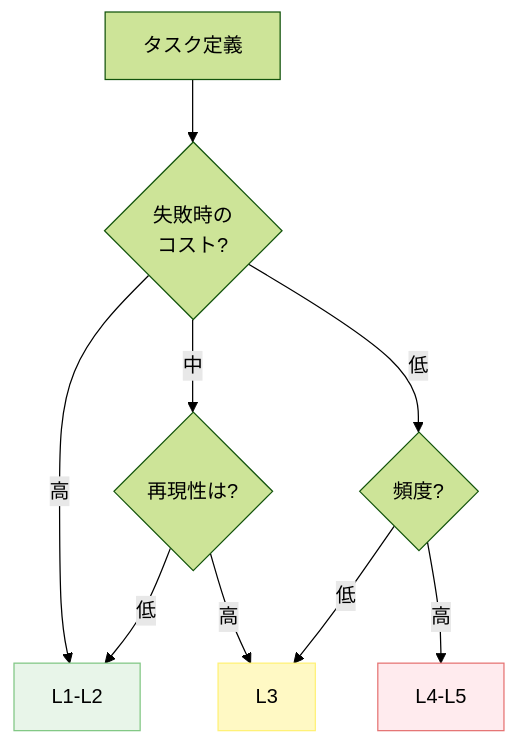
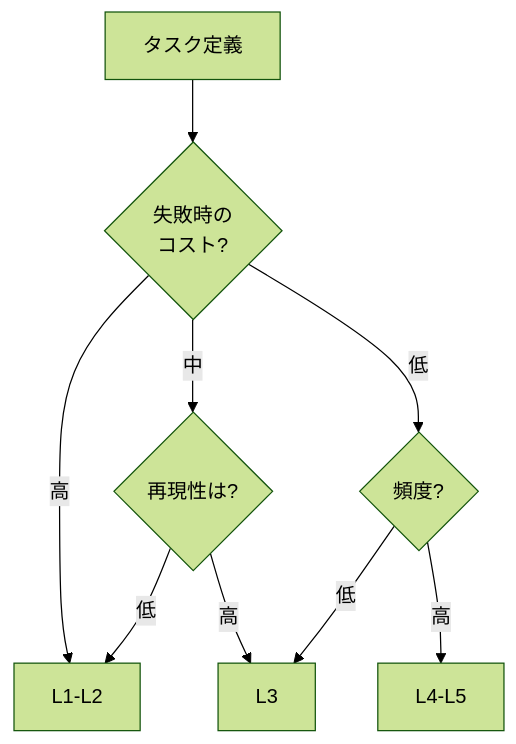
The second of 2 diagrams in docs/concepts/エージェントの自律度レベルと昇格基準.md (dinekt/dinekt-wiki), drawn with Mermaid (forest theme) before and after one commit. The commit also changed other lines of this file and 70 other files, not shown here.

First line of the commit message:
fix(mermaid): strip all inline styling, rely on theme

````diff
--- a/docs/concepts/エージェントの自律度レベルと昇格基準.md
+++ b/docs/concepts/エージェントの自律度レベルと昇格基準.md
@@ -74,15 +69,12 @@
 ```mermaid
 flowchart TD
     Q[タスク定義] --> R{失敗時の<br/>コスト?}
     R -->|高| L1[L1-L2]
     R -->|中| S{再現性は?}
     R -->|低| M{頻度?}
     S -->|高| L3[L3]
     S -->|低| L1
     M -->|高| L4[L4-L5]
     M -->|低| L3
 
-    style L1 fill:#e8f5e9,stroke:#81c784,color:#000
-    style L3 fill:#fff9c4,stroke:#fff176,color:#000
-    style L4 fill:#ffebee,stroke:#e57373,color:#000
 ```
````
